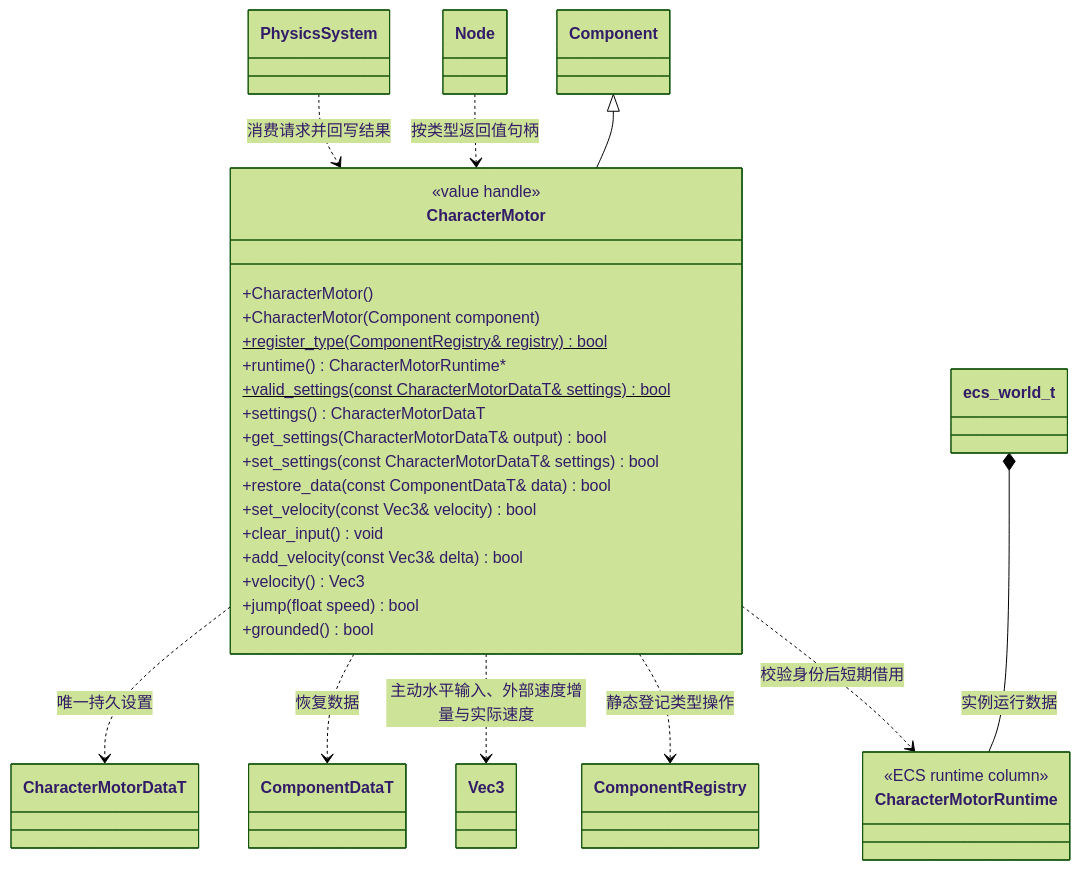
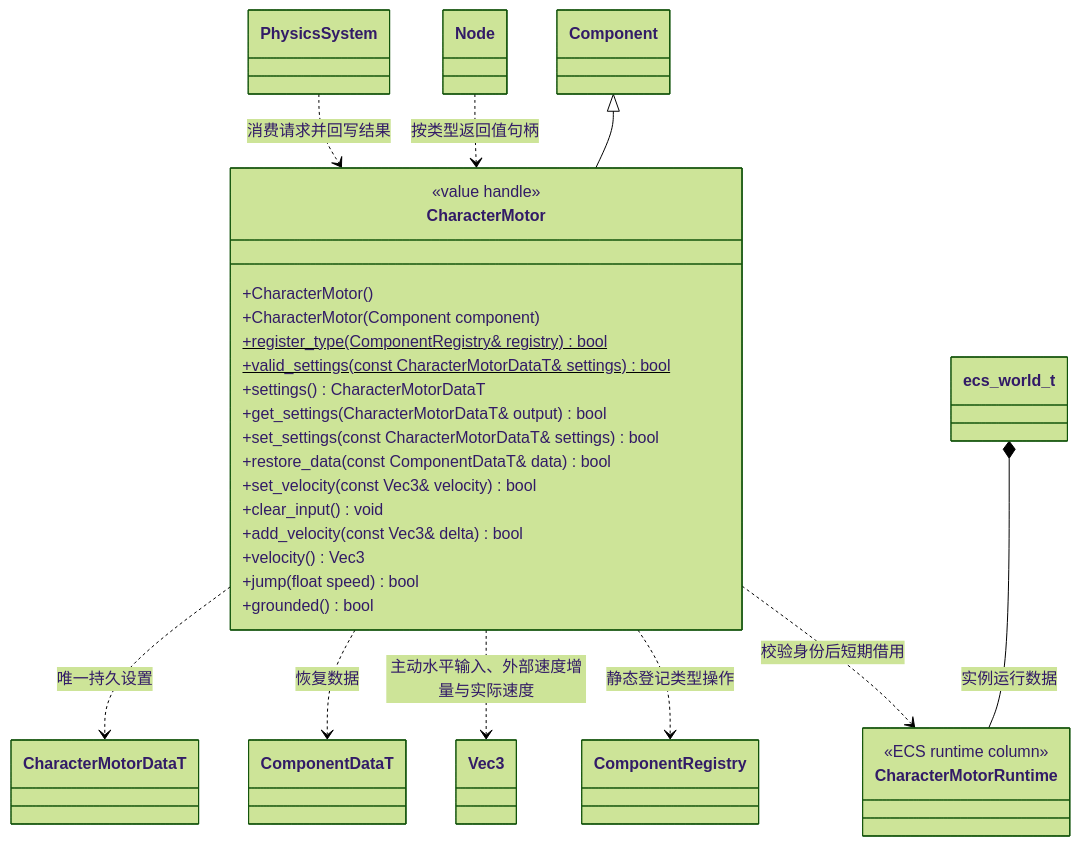
One commit to lcals/Engine changed the diagram in docs/runtime/class-diagrams/character-motor.md. Above: the diagram before and after it, drawn with Mermaid (forest theme). The commit also changed other lines of this file and 125 other files, not shown here.

First line of the commit message:
Fix engine architecture contracts and recovery paths

````diff
--- a/docs/runtime/class-diagrams/character-motor.md
+++ b/docs/runtime/class-diagrams/character-motor.md
@@ -5,43 +5,42 @@
 ```mermaid
 classDiagram
     class CharacterMotor {
         <<value handle>>
         +CharacterMotor()
         +CharacterMotor(Component component)
         +register_type(ComponentRegistry& registry) bool$
-        +runtime() CharacterMotorRuntime#42;
         <<final>>
         +valid_settings(const CharacterMotorDataT& settings) bool$
         +settings() CharacterMotorDataT
         +get_settings(CharacterMotorDataT& output) bool
         +set_settings(const CharacterMotorDataT& settings) bool
         +restore_data(const ComponentDataT& data) bool
         +set_velocity(const Vec3& velocity) bool
         +clear_input() void
         +add_velocity(const Vec3& delta) bool
         +velocity() Vec3
         +jump(float speed) bool
         +grounded() bool
     }
     class Component
     class Node
     class CharacterMotorDataT
     class ComponentDataT
     class Vec3
     class PhysicsSystem
     Component <|-- CharacterMotor
     Node ..> CharacterMotor : 按类型返回值句柄
     CharacterMotor ..> CharacterMotorDataT : 唯一持久设置
     CharacterMotor ..> ComponentDataT : 恢复数据
     CharacterMotor ..> Vec3 : 主动水平输入、外部速度增量与实际速度
     PhysicsSystem ..> CharacterMotor : 消费请求并回写结果
     class ComponentRegistry
     class ecs_world_t
     class CharacterMotorRuntime {
         <<ECS runtime column>>
     }
     ecs_world_t *-- CharacterMotorRuntime : 实例运行数据
     CharacterMotor ..> CharacterMotorRuntime : 校验身份后短期借用
     CharacterMotor ..> ComponentRegistry : 静态登记类型操作
 
 ```
````
